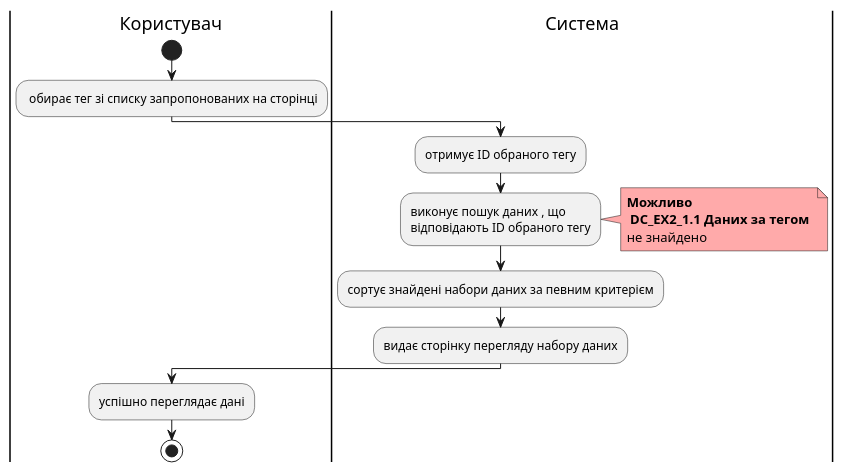
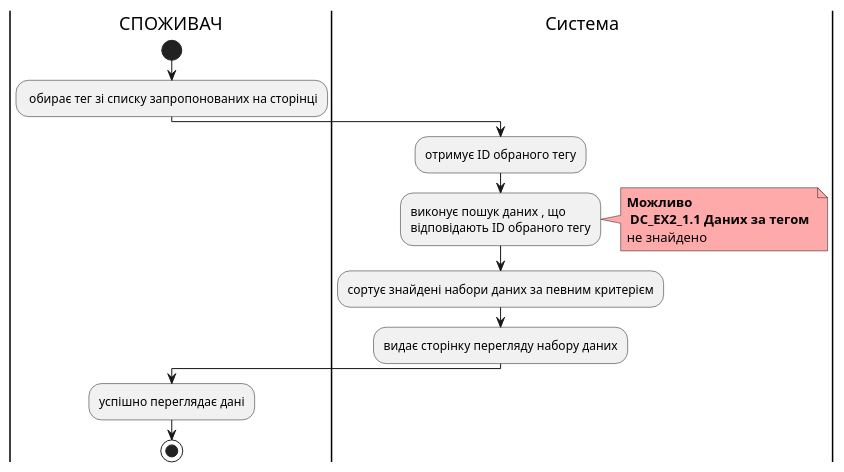
The third of 5 diagrams in docs/use cases/User.md (boldak/edu-db-cw), drawn with PlantUML before and after one commit. The commit also changed other lines of this file and 1 other file, not shown here.

Commit message:
admin added

```diff
--- a/docs/use cases/User.md
+++ b/docs/use cases/User.md
@@ -132,22 +132,22 @@
 @startuml
 
 
-    |Користувач|
+    |СПОЖИВАЧ|
         start
         : обирає тег зі списку запропонованих на сторінці;
     |Система|
         :отримує ID обраного тегу;
         :виконує пошук даних , що
         відповідають ID обраного тегу;
         note right #ffaaaa
         <b>Можливо
         <b> DС_EX2_1.1 Даних за тегом 
         не знайдено
         end note
         :сортує знайдені набори даних за певним критерієм;
         :видає сторінку перегляду набору даних;
-    |Користувач|
+    |СПОЖИВАЧ|
         :успішно переглядає дані;
         stop;
 
 @enduml
```
